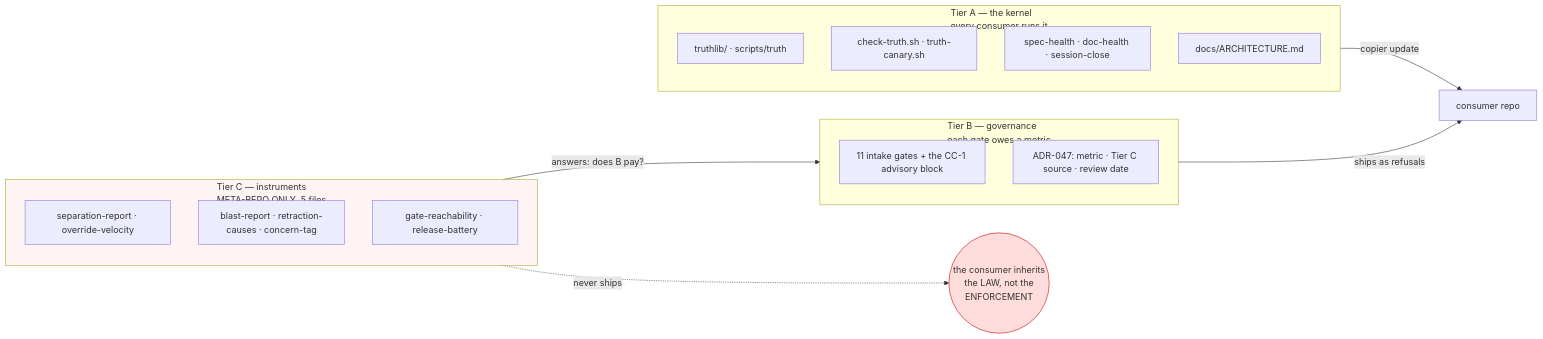
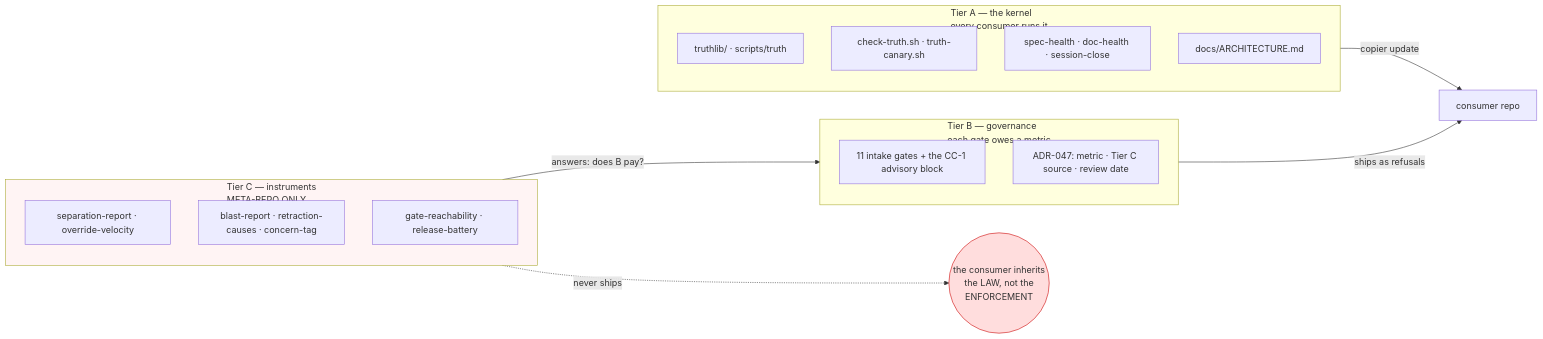
The second of 3 diagrams in template/docs/structure.md (m1981/truth-ledger), drawn with Mermaid before and after one commit. The commit also changed other lines of this file and 1 other file, not shown here.

Commit message:
Clarify canary fault notes and Tier C instrument documentation

````diff
--- a/template/docs/structure.md
+++ b/template/docs/structure.md
@@ -113,28 +113,28 @@
 ```mermaid
 flowchart LR
     subgraph A["Tier A — the kernel<br/>every consumer runs it"]
         A1["truthlib/ · scripts/truth"]
         A2["check-truth.sh · truth-canary.sh"]
         A3["spec-health · doc-health · session-close"]
         A4["docs/ARCHITECTURE.md"]
     end
 
     subgraph B["Tier B — governance<br/>each gate owes a metric"]
         B1["11 intake gates + the CC-1 advisory block"]
         B2["ADR-047: metric · Tier C source · review date"]
     end
 
-    subgraph C["Tier C — instruments<br/>META-REPO ONLY, 5 files"]
+    subgraph C["Tier C — instruments<br/>META-REPO ONLY"]
         C1["separation-report · override-velocity"]
         C2["blast-report · retraction-causes · concern-tag"]
         C3["gate-reachability · release-battery"]
     end
 
     A -->|"copier update"| CONS["consumer repo"]
     B -->|"ships as refusals"| CONS
     C -.->|"never ships"| X(("the consumer inherits<br/>the LAW, not the<br/>ENFORCEMENT"))
     C -->|"answers: does B pay?"| B
 
     style C fill:#fff4f4
     style X fill:#fdd,stroke:#c00
 ```
````
